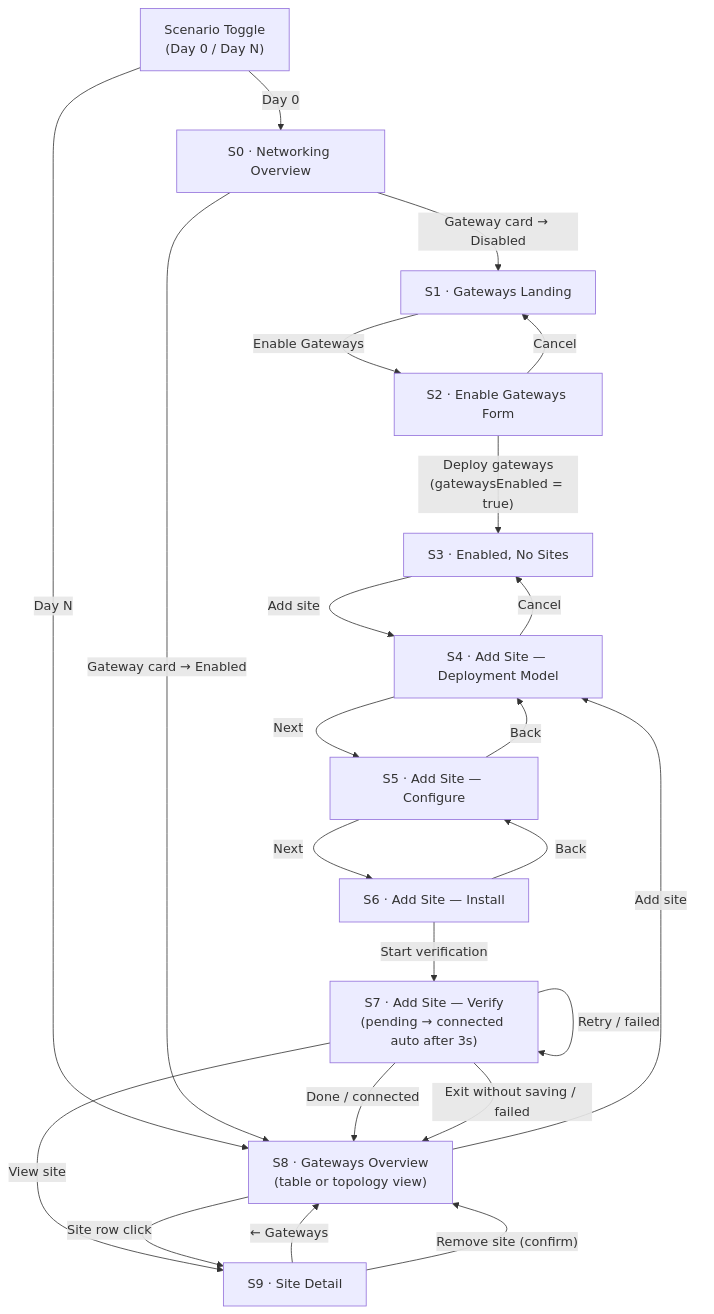
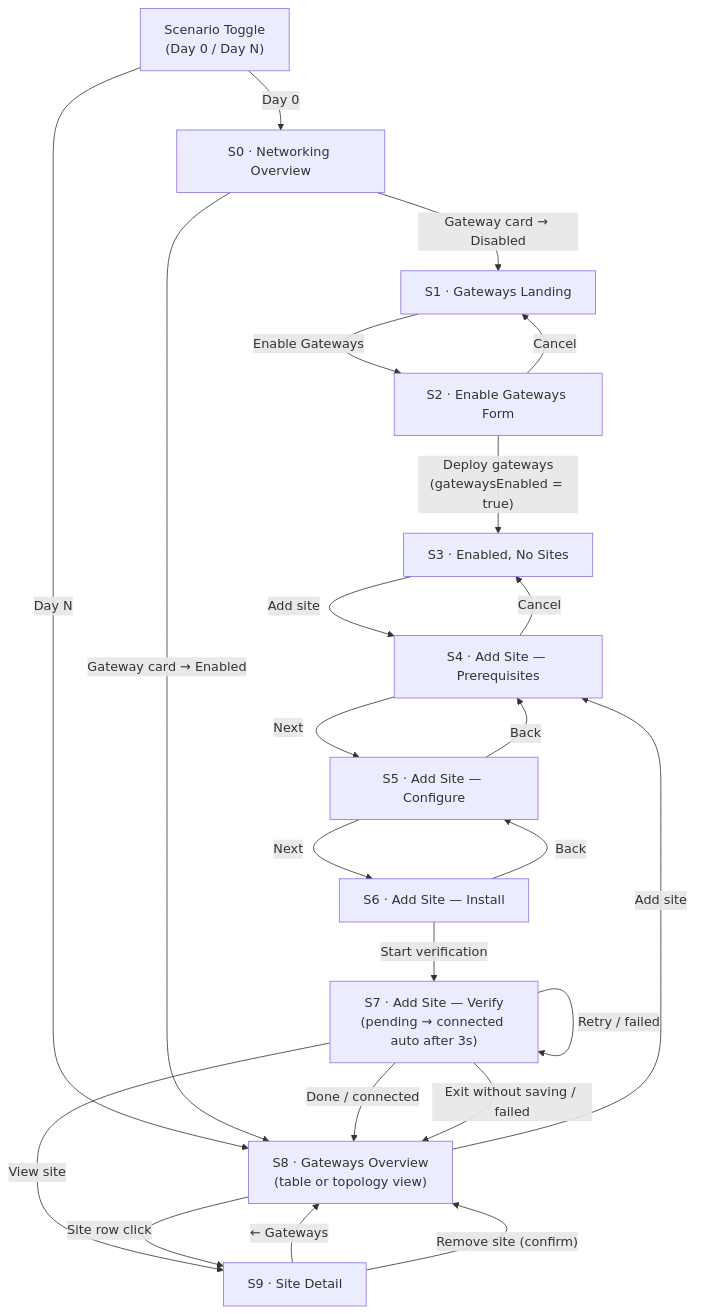
Before and after one commit to Benjamin-Howard-IBM/Benjaminhoward-Pocket-Product-Designer: the diagram in output/06.Projects/Gateways/04. Wireframes/docs/[New]UI_Overview.md, drawn with Mermaid. The commit also changed other lines of this file and 11 other files, not shown here.

Commit message:
Add HVD Gateways Product Design Specs (md + docx) and screen flow diagrams (mmd + png)

````diff
--- a/output/06.Projects/Gateways/04. Wireframes/docs/[New]UI_Overview.md
+++ b/output/06.Projects/Gateways/04. Wireframes/docs/[New]UI_Overview.md
@@ -11,35 +11,35 @@
 ```mermaid
 flowchart TD
     Toggle["Scenario Toggle\n(Day 0 / Day N)"] -->|"Day 0"| S0
     Toggle -->|"Day N"| S8
 
     S0["S0 · Networking Overview"] -->|"Gateway card → Disabled"| S1
     S0 -->|"Gateway card → Enabled"| S8
 
     S1["S1 · Gateways Landing"] -->|"Enable Gateways"| S2
 
     S2["S2 · Enable Gateways Form"] -->|"Deploy gateways\n(gatewaysEnabled = true)"| S3
     S2 -->|"Cancel"| S1
 
     S3["S3 · Enabled, No Sites"] -->|"Add site"| S4
 
-    S4["S4 · Add Site — Deployment Model"] -->|"Next"| S5
+    S4["S4 · Add Site — Prerequisites"] -->|"Next"| S5
     S4 -->|"Cancel"| S3
 
     S5["S5 · Add Site — Configure"] -->|"Next"| S6
     S5 -->|"Back"| S4
 
     S6["S6 · Add Site — Install"] -->|"Start verification"| S7
     S6 -->|"Back"| S5
 
     S7["S7 · Add Site — Verify\n(pending → connected auto after 3s)"] -->|"Done / connected"| S8
     S7 -->|"View site"| S9
     S7 -->|"Exit without saving / failed"| S8
     S7 -->|"Retry / failed"| S7
 
     S8["S8 · Gateways Overview\n(table or topology view)"] -->|"Add site"| S4
     S8 -->|"Site row click"| S9
 
     S9["S9 · Site Detail"] -->|"← Gateways"| S8
     S9 -->|"Remove site (confirm)"| S8
 ```
````
